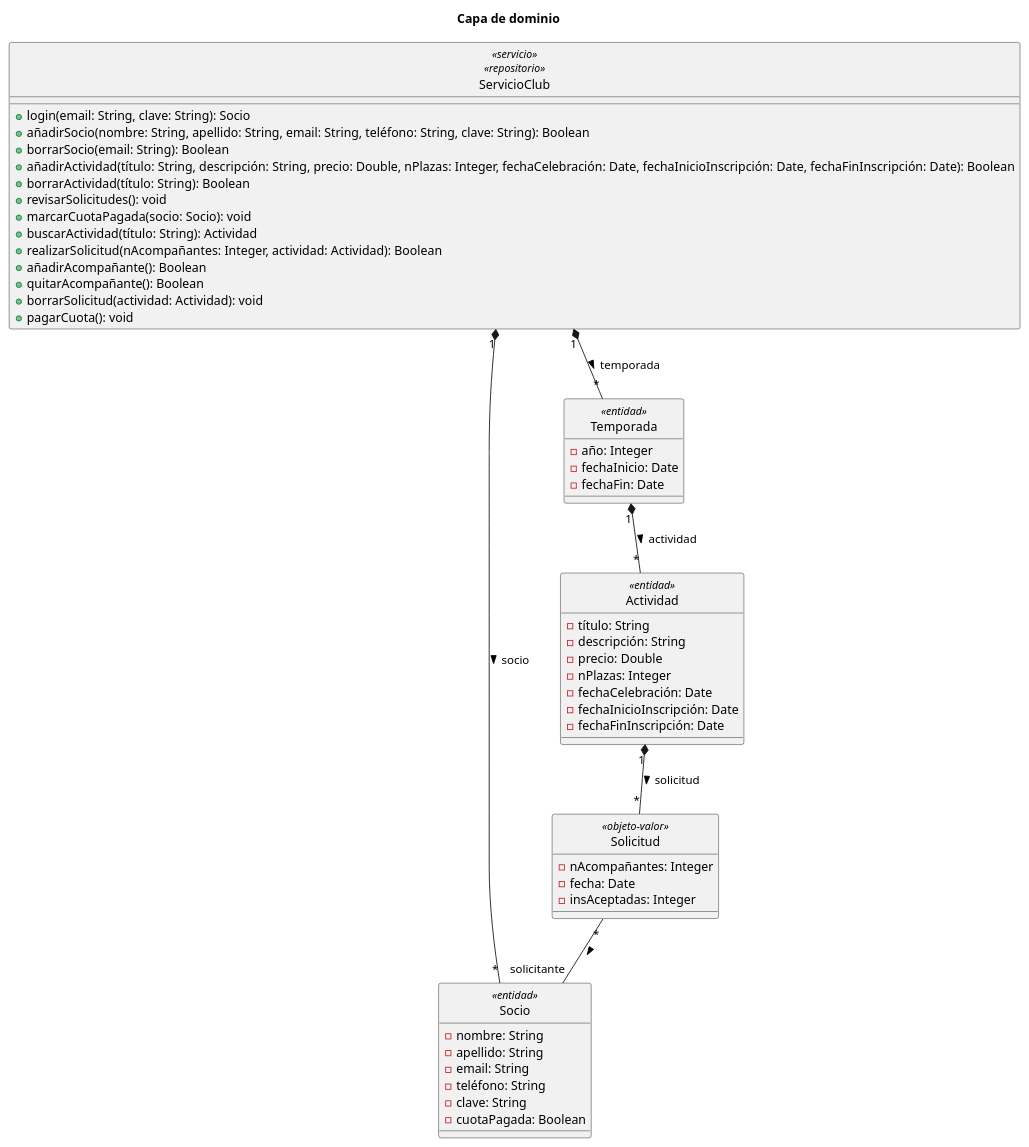
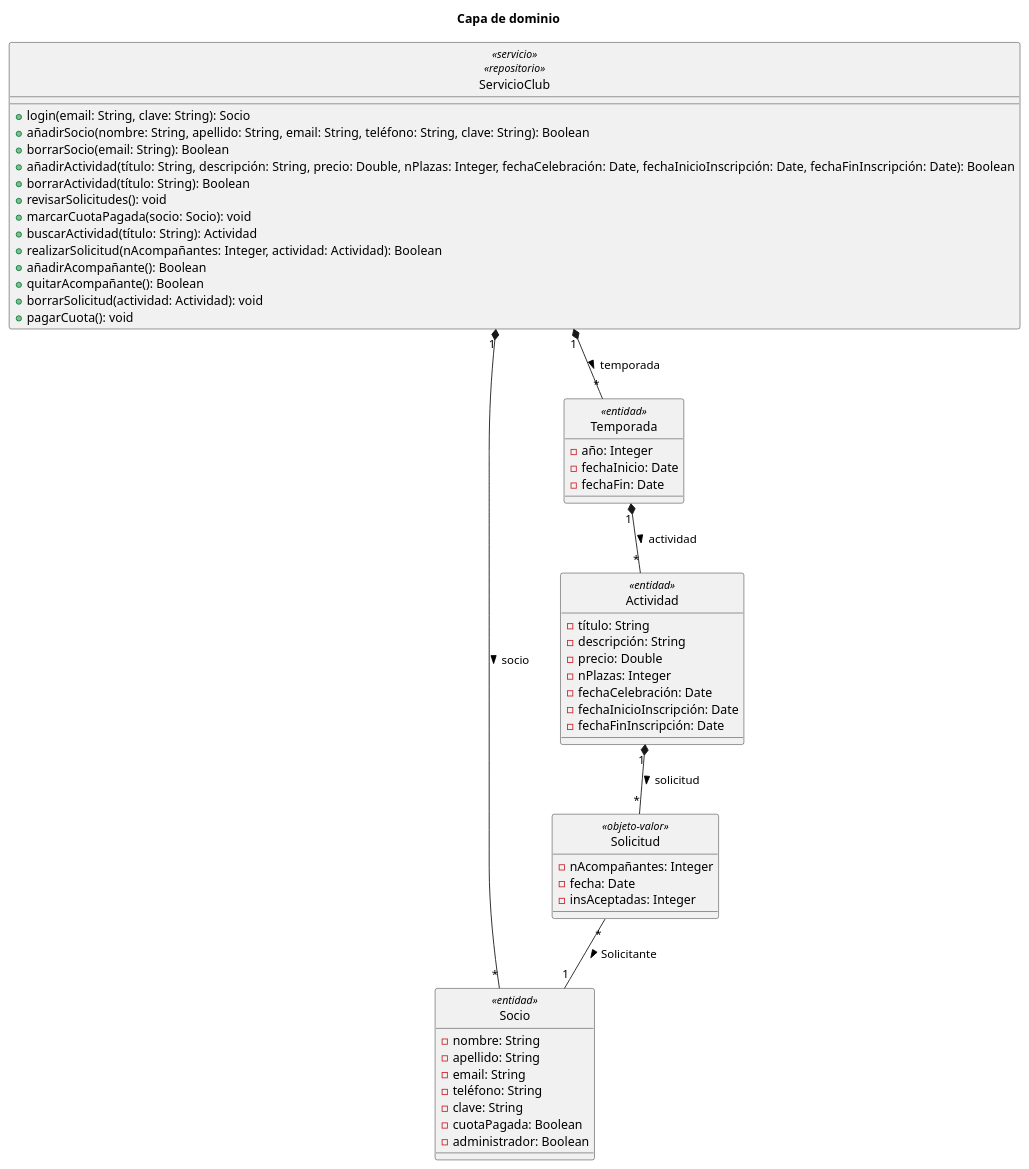
The diagram in diagramaDominio.puml (fjja0004/DAE-2024-fjja0004-scr00043-jfb00009), drawn with PlantUML before and after one commit.

Commit message:
Modificacion uml inicial

```diff
--- a/diagramaDominio.puml
+++ b/diagramaDominio.puml
@@ -1,59 +1,60 @@
 @startuml
 title "Capa de dominio"
 hide circle
 'skinparam classAttributeIconSize 0
 
 class ServicioClub <<servicio>> <<repositorio>> {
     + login(email: String, clave: String): Socio
     + añadirSocio(nombre: String, apellido: String, email: String, teléfono: String, clave: String): Boolean
     + borrarSocio(email: String): Boolean
     + añadirActividad(título: String, descripción: String, precio: Double, nPlazas: Integer, fechaCelebración: Date, fechaInicioInscripción: Date, fechaFinInscripción: Date): Boolean
     + borrarActividad(título: String): Boolean
     + revisarSolicitudes(): void
     + marcarCuotaPagada(socio: Socio): void
     + buscarActividad(título: String): Actividad
     + realizarSolicitud(nAcompañantes: Integer, actividad: Actividad): Boolean
     + añadirAcompañante(): Boolean
     + quitarAcompañante(): Boolean
     + borrarSolicitud(actividad: Actividad): void
     + pagarCuota(): void
 }
 
 class Socio <<entidad>> {
 - nombre: String
 - apellido: String
 - email: String
 - teléfono: String
 - clave: String
 - cuotaPagada: Boolean
+- administrador: Boolean
 }
 
 class Actividad <<entidad>> {
 - título: String
 - descripción: String
 - precio: Double
 - nPlazas: Integer
 - fechaCelebración: Date
 - fechaInicioInscripción: Date
 - fechaFinInscripción: Date
 }
 
 class Solicitud <<objeto-valor>> {
 - nAcompañantes: Integer
 - fecha: Date
 - insAceptadas: Integer
 }
 
 class Temporada <<entidad>> {
 - año: Integer
 - fechaInicio: Date
 - fechaFin: Date
 }
 
-Solicitud "*" --"solicitante" Socio: >
+Solicitud "*" --"1" Socio: > Solicitante
 Actividad "1" *-- "*" Solicitud : > solicitud
 Temporada "1" *-- "*" Actividad : > actividad
 ServicioClub "1" *-- "*" Socio : > socio
 ServicioClub "1" *-- "*" Temporada : > temporada
 
 @enduml
```
